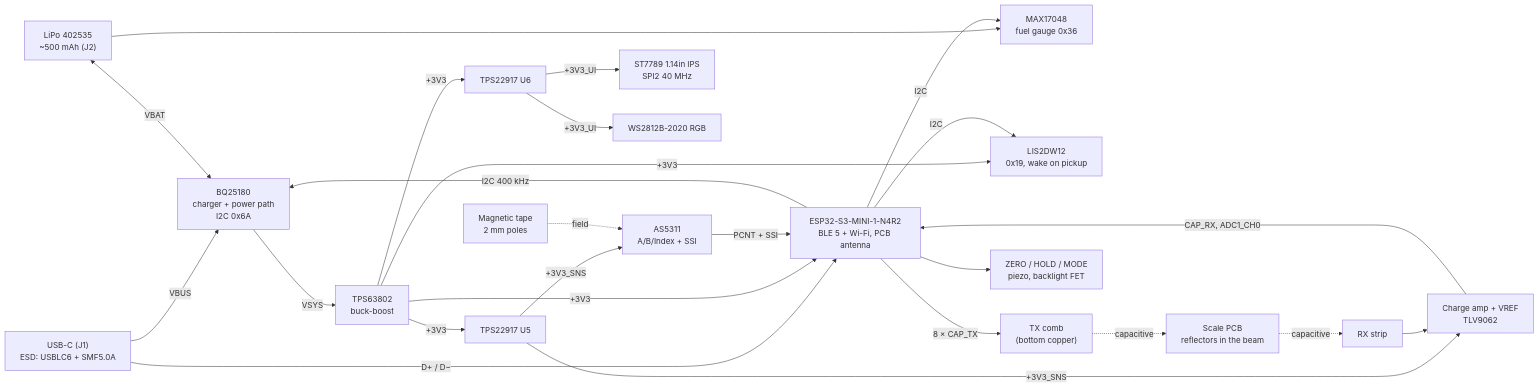
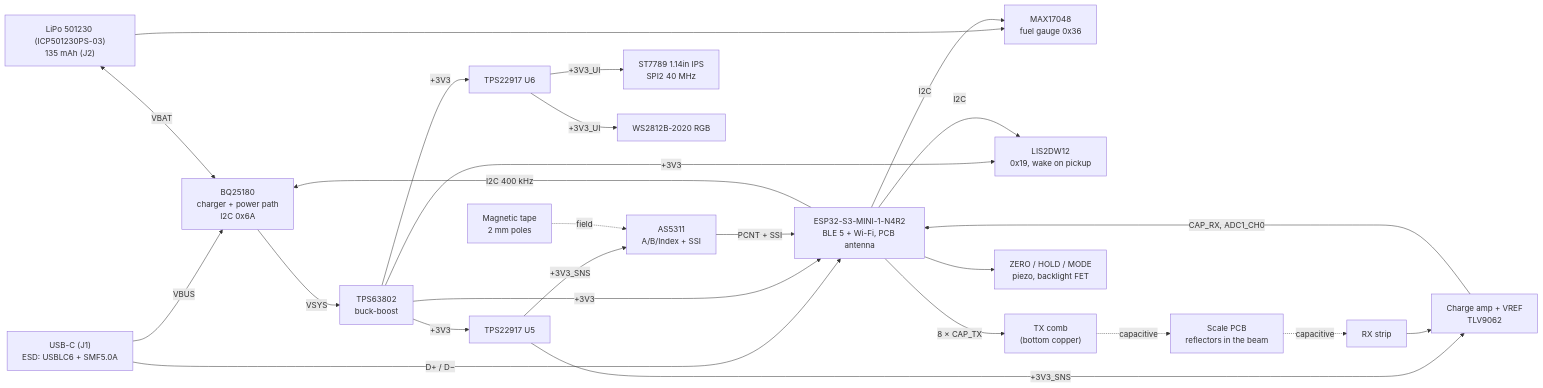
Before and after one commit to tyevco/prettycoolboards: the diagram in caliper/docs/architecture.md, drawn with Mermaid. The commit also changed other lines of this file and 102 other files, not shown here.

````diff
--- a/caliper/docs/architecture.md
+++ b/caliper/docs/architecture.md
@@ -23,22 +23,22 @@
 ```mermaid
 flowchart LR
   USB["USB-C (J1)<br/>ESD: USBLC6 + SMF5.0A"] -->|VBUS| CHG["BQ25180<br/>charger + power path<br/>I2C 0x6A"]
   USB -->|D+ / D−| MCU
-  BAT["LiPo 402535<br/>~500 mAh (J2)"] <-->|VBAT| CHG
+  BAT["LiPo 501230 (ICP501230PS-03)<br/>135 mAh (J2)"] <-->|VBAT| CHG
   BAT --> FG["MAX17048<br/>fuel gauge 0x36"]
   CHG -->|VSYS| BB["TPS63802<br/>buck-boost"]
   BB -->|+3V3| MCU["ESP32-S3-MINI-1-N4R2<br/>BLE 5 + Wi-Fi, PCB antenna"]
   BB -->|+3V3| IMU["LIS2DW12<br/>0x19, wake on pickup"]
   BB -->|+3V3| SW1["TPS22917 U5"] -->|+3V3_SNS| MAG["AS5311<br/>A/B/Index + SSI"]
   SW1 -->|+3V3_SNS| AFE["Charge amp + VREF<br/>TLV9062"]
   BB -->|+3V3| SW2["TPS22917 U6"] -->|+3V3_UI| LCD["ST7789 1.14in IPS<br/>SPI2 40 MHz"]
   SW2 -->|+3V3_UI| LED["WS2812B-2020 RGB"]
   MCU -->|8 × CAP_TX| TXE["TX comb<br/>(bottom copper)"]
   TXE -. capacitive .-> SCALE["Scale PCB<br/>reflectors in the beam"]
   SCALE -. capacitive .-> RXE["RX strip"] --> AFE -->|CAP_RX, ADC1_CH0| MCU
   TAPE["Magnetic tape<br/>2 mm poles"] -. field .-> MAG -->|PCNT + SSI| MCU
   MCU -->|I2C 400 kHz| CHG
   MCU -->|I2C| FG
   MCU -->|I2C| IMU
   MCU --> UI["ZERO / HOLD / MODE<br/>piezo, backlight FET"]
 ```
````
